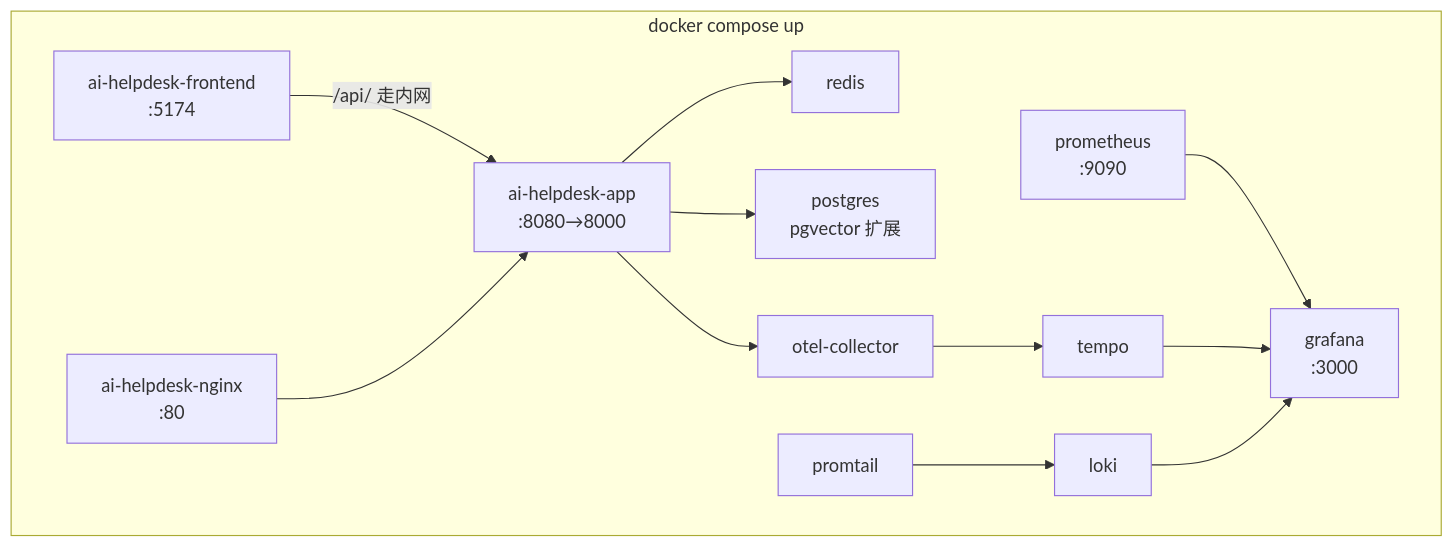
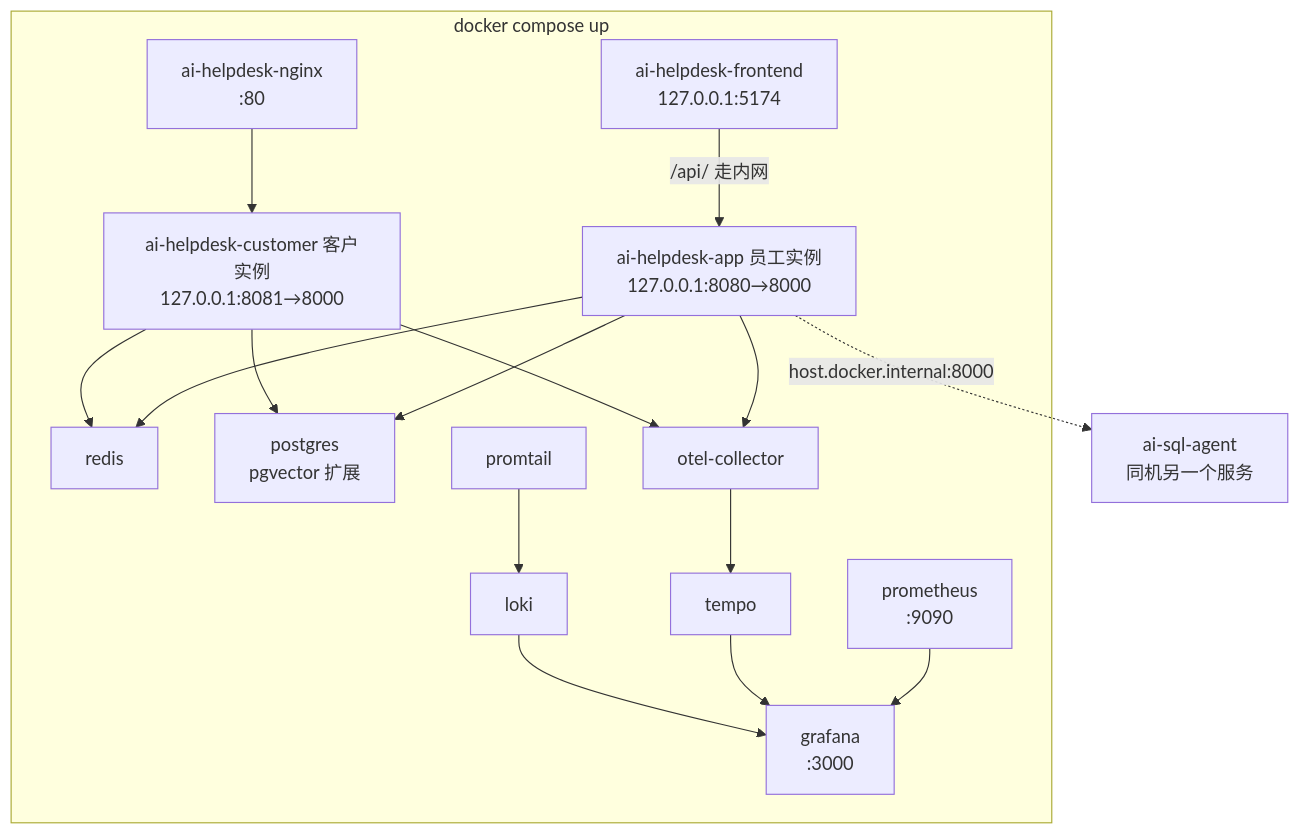
The sixth of 6 diagrams in docs/architecture.md (heyemlee/ai-helpdesk), drawn with Mermaid before and after one commit. The commit also changed other lines of this file and 3 other files, not shown here.

First line of the commit message:
docs: redraw the architecture as a five-stage agent loop

````diff
--- a/docs/architecture.md
+++ b/docs/architecture.md
@@ -143,23 +154,25 @@
 ```mermaid
 flowchart TD
     subgraph compose[docker compose up]
-        FE[ai-helpdesk-frontend<br/>:5174]
-        APP[ai-helpdesk-app<br/>:8080→8000]
+        FE[ai-helpdesk-frontend<br/>127.0.0.1:5174]
+        APP[ai-helpdesk-app 员工实例<br/>127.0.0.1:8080→8000]
+        CUS[ai-helpdesk-customer 客户实例<br/>127.0.0.1:8081→8000]
         NG[ai-helpdesk-nginx<br/>:80]
         R[redis]
         PG[postgres<br/>pgvector 扩展]
         P[prometheus<br/>:9090]
         OC[otel-collector]
         TP[tempo]
         LK[loki]
         PT[promtail]
         GF[grafana<br/>:3000]
     end
     FE -->|/api/ 走内网| APP
-    NG --> APP
-    APP --> R
-    APP --> PG
-    APP --> OC --> TP
+    NG --> CUS
+    APP & CUS --> R
+    APP & CUS --> PG
+    APP & CUS --> OC --> TP
+    APP -.->|host.docker.internal:8000| SQL[ai-sql-agent<br/>同机另一个服务]
     PT --> LK
     P & TP & LK --> GF
 ```
````
